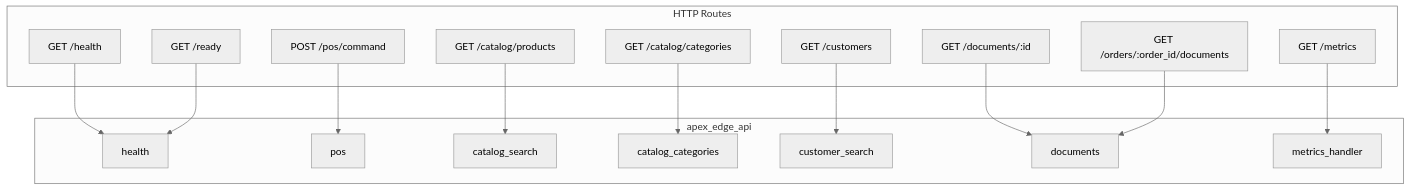
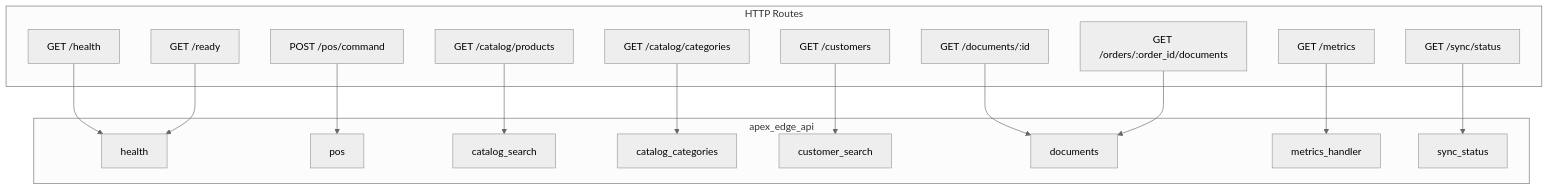
One commit to AncientiCe/apex-edge changed the third of 10 diagrams in docs/architecture/README.md. Above: the diagram before and after it, drawn with Mermaid (neutral theme). The commit also changed other lines of this file and 32 other files, not shown here.

````diff
--- a/docs/architecture/README.md
+++ b/docs/architecture/README.md
@@ -77,32 +77,35 @@
 ```mermaid
 flowchart TB
     subgraph routes [HTTP Routes]
         R1["GET /health"]
         R2["GET /ready"]
         R3["POST /pos/command"]
         R4["GET /catalog/products"]
         R5["GET /catalog/categories"]
         R6["GET /customers"]
         R7["GET /documents/:id"]
         R8["GET /orders/:order_id/documents"]
         R9["GET /metrics"]
+        R10["GET /sync/status"]
     end
     subgraph api [apex_edge_api]
         H[health]
         P[pos]
         C[catalog_search]
         CC[catalog_categories]
         CS[customer_search]
         D[documents]
         M[metrics_handler]
+        SS[sync_status]
     end
     R1 --> H
     R2 --> H
     R3 --> P
     R4 --> C
     R5 --> CC
     R6 --> CS
     R7 --> D
     R8 --> D
     R9 --> M
+    R10 --> SS
 ```
````
